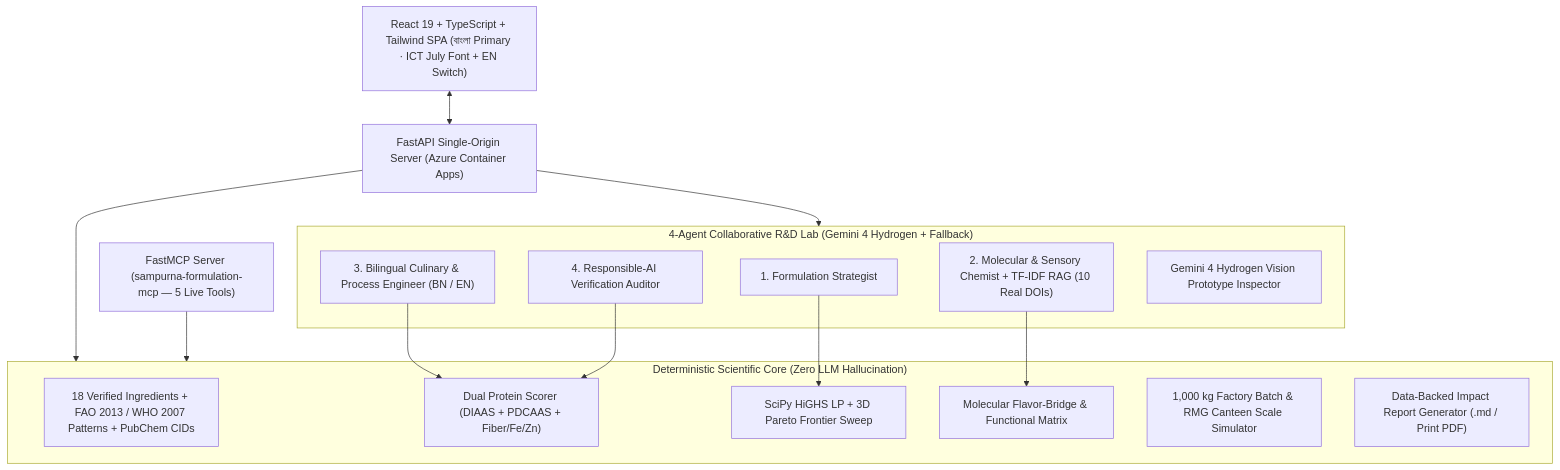
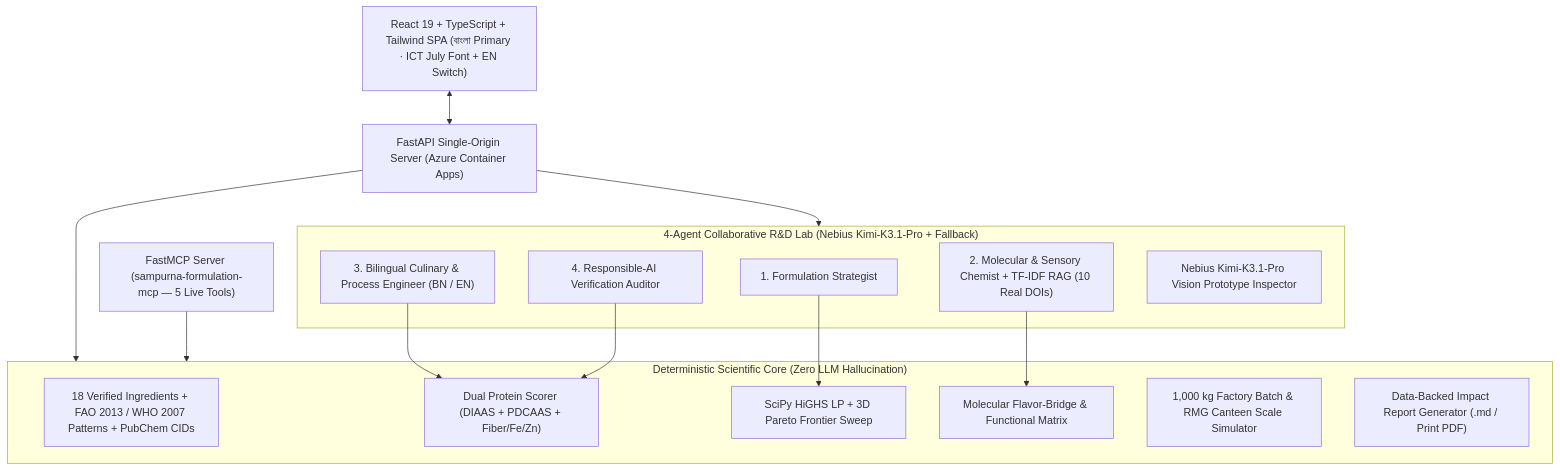
Before and after one commit to happinessisreal/sampurna-ai: the diagram in README.md, drawn with Mermaid. The commit also changed other lines of this file and 11 other files, not shown here.

Commit message:
Add Nebius Token Factory Kimi-K3.1-Pro adapter with low-reasoning cost controls and cache

````diff
--- a/README.md
+++ b/README.md
@@ -34,32 +34,32 @@
 ```mermaid
 flowchart TD
     UI["React 19 + TypeScript + Tailwind SPA (বাংলা Primary · ICT July Font + EN Switch)"]
     API["FastAPI Single-Origin Server (Azure Container Apps)"]
     MCP["FastMCP Server (sampurna-formulation-mcp — 5 Live Tools)"]
 
     subgraph Core["Deterministic Scientific Core (Zero LLM Hallucination)"]
         DATA["18 Verified Ingredients + FAO 2013 / WHO 2007 Patterns + PubChem CIDs"]
         SCORE["Dual Protein Scorer (DIAAS + PDCAAS + Fiber/Fe/Zn)"]
         OPT["SciPy HiGHS LP + 3D Pareto Frontier Sweep"]
         CHEM["Molecular Flavor-Bridge & Functional Matrix"]
         ECON["1,000 kg Factory Batch & RMG Canteen Scale Simulator"]
         REP["Data-Backed Impact Report Generator (.md / Print PDF)"]
     end
 
-    subgraph Agents["4-Agent Collaborative R&D Lab (Gemini 4 Hydrogen + Fallback)"]
+    subgraph Agents["4-Agent Collaborative R&D Lab (Nebius Kimi-K3.1-Pro + Fallback)"]
         A1["1. Formulation Strategist"]
         A2["2. Molecular & Sensory Chemist + TF-IDF RAG (10 Real DOIs)"]
         A3["3. Bilingual Culinary & Process Engineer (BN / EN)"]
         A4["4. Responsible-AI Verification Auditor"]
-        VIS["Gemini 4 Hydrogen Vision Prototype Inspector"]
+        VIS["Nebius Kimi-K3.1-Pro Vision Prototype Inspector"]
     end
 
     UI <--> API
     API --> Core
     API --> Agents
     MCP --> Core
     A1 --> OPT
     A2 --> CHEM
     A3 --> SCORE
     A4 --> SCORE
 ```
````
